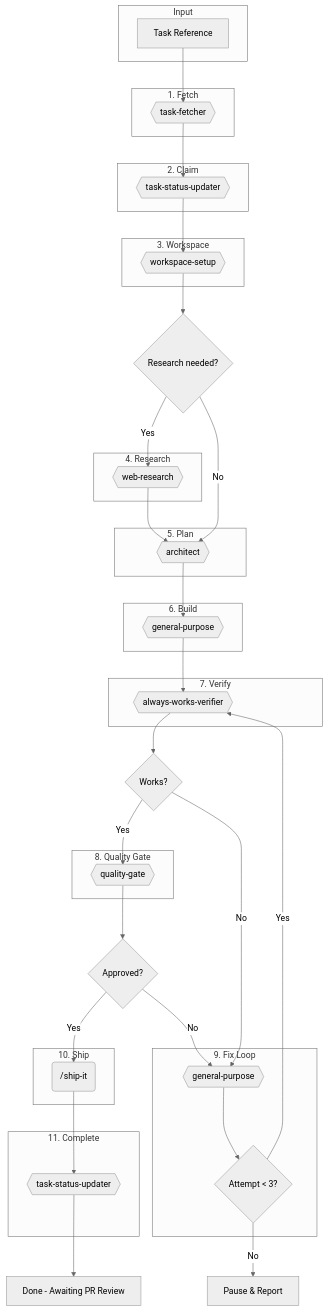
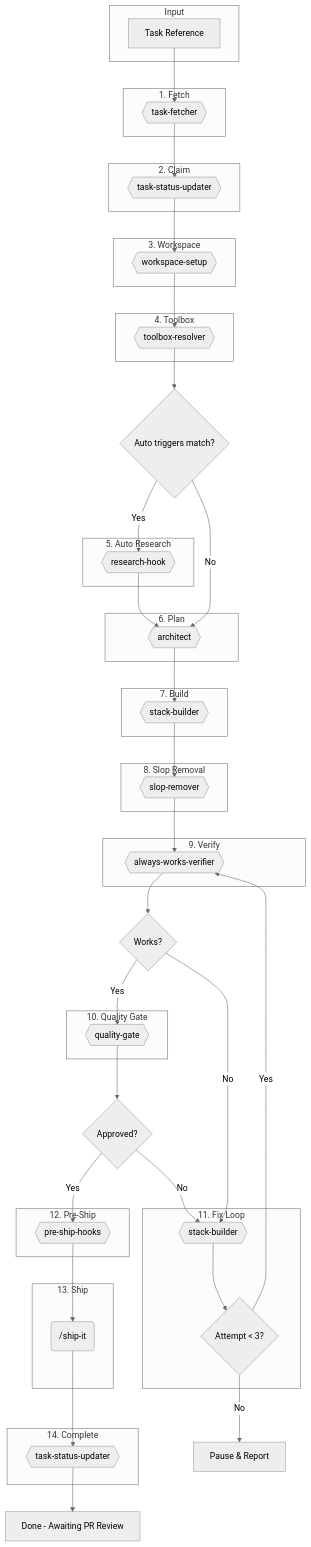
The diagram in plugins/majestic-engineer/commands/workflows/build-task.md (majesticlabs-dev/majestic-marketplace), drawn with Mermaid (neutral theme) before and after one commit. The commit also changed other lines of this file and 10 other files, not shown here.

First line of the commit message:
feat(majestic-engineer): Stack Toolbox Registry for automatic stack-specific tool selection (#4)

````diff
--- a/plugins/majestic-engineer/commands/workflows/build-task.md
+++ b/plugins/majestic-engineer/commands/workflows/build-task.md
@@ -39,56 +39,71 @@
         W{{workspace-setup}}
     end
 
-    subgraph "4. Research"
-        C{{web-research}}
+    subgraph "4. Toolbox"
+        TB{{toolbox-resolver}}
     end
 
-    subgraph "5. Plan"
+    subgraph "5. Auto Research"
+        AR{{research-hook}}
+    end
+
+    subgraph "6. Plan"
         D{{architect}}
     end
 
-    subgraph "6. Build"
-        E{{general-purpose}}
+    subgraph "7. Build"
+        E{{stack-builder}}
     end
 
-    subgraph "7. Verify"
+    subgraph "8. Slop Removal"
+        SR{{slop-remover}}
+    end
+
+    subgraph "9. Verify"
         V{{always-works-verifier}}
     end
 
-    subgraph "8. Quality Gate"
+    subgraph "10. Quality Gate"
         F{{quality-gate}}
     end
 
-    subgraph "9. Fix Loop"
-        G{{general-purpose}}
+    subgraph "11. Fix Loop"
+        G{{stack-builder}}
         H{Attempt < 3?}
     end
 
-    subgraph "10. Ship"
+    subgraph "12. Pre-Ship"
+        PS{{pre-ship-hooks}}
+    end
+
+    subgraph "13. Ship"
         I(/ship-it)
     end
 
-    subgraph "11. Complete"
+    subgraph "14. Complete"
         CI{{task-status-updater}}
     end
 
     A --> B
     B --> CL
     CL --> W
-    W --> K{Research needed?}
-    K -->|Yes| C --> D
+    W --> TB
+    TB --> K{Auto triggers match?}
+    K -->|Yes| AR --> D
     K -->|No| D
     D --> E
-    E --> V
+    E --> SR
+    SR --> V
     V --> VR{Works?}
     VR -->|Yes| F
     VR -->|No| G
     F --> L{Approved?}
-    L -->|Yes| I
+    L -->|Yes| PS
     L -->|No| G
     G --> H
     H -->|Yes| V
     H -->|No| M[Pause & Report]
+    PS --> I
     I --> CI
     CI --> N[Done - Awaiting PR Review]
 ```
````
